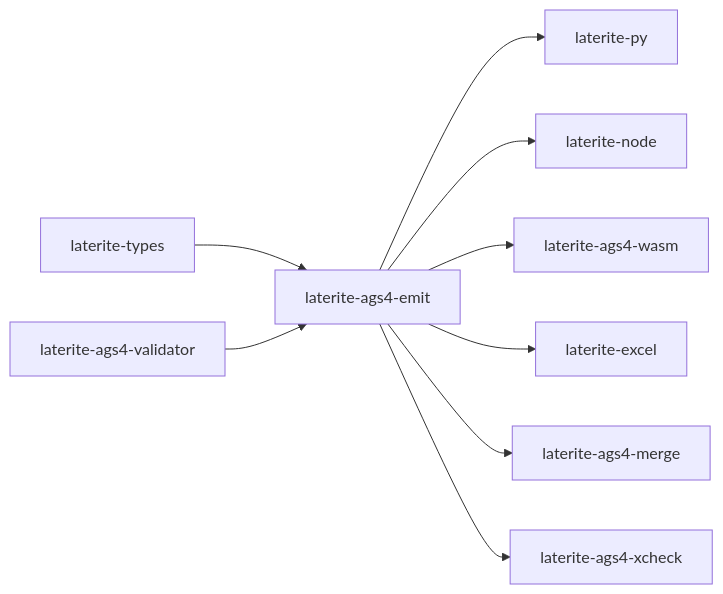
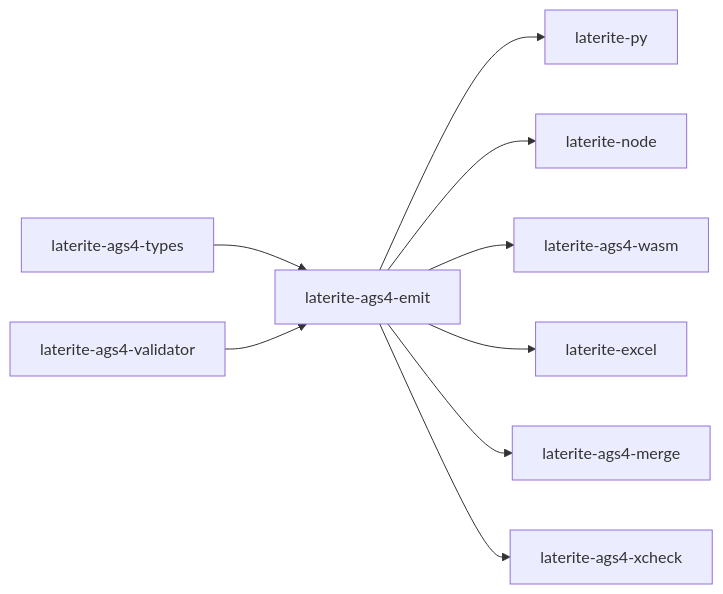
Before and after one commit to niko86/laterite: the diagram in ags-wiki/tools/laterite-ags4-emit.md, drawn with Mermaid. The commit also changed other lines of this file and 103 other files, not shown here.

````diff
--- a/ags-wiki/tools/laterite-ags4-emit.md
+++ b/ags-wiki/tools/laterite-ags4-emit.md
@@ -90,11 +90,11 @@
 ```mermaid
 flowchart LR
-  types[laterite-types] --> emit[laterite-ags4-emit]
+  types[laterite-ags4-types] --> emit[laterite-ags4-emit]
   val[laterite-ags4-validator] --> emit
   emit --> latpy[laterite-py]
   emit --> latnode[laterite-node]
   emit --> wasm[laterite-ags4-wasm]
   emit --> excel[laterite-excel]
   emit --> merge[laterite-ags4-merge]
   emit --> xcheck[laterite-ags4-xcheck]
 ```
````
